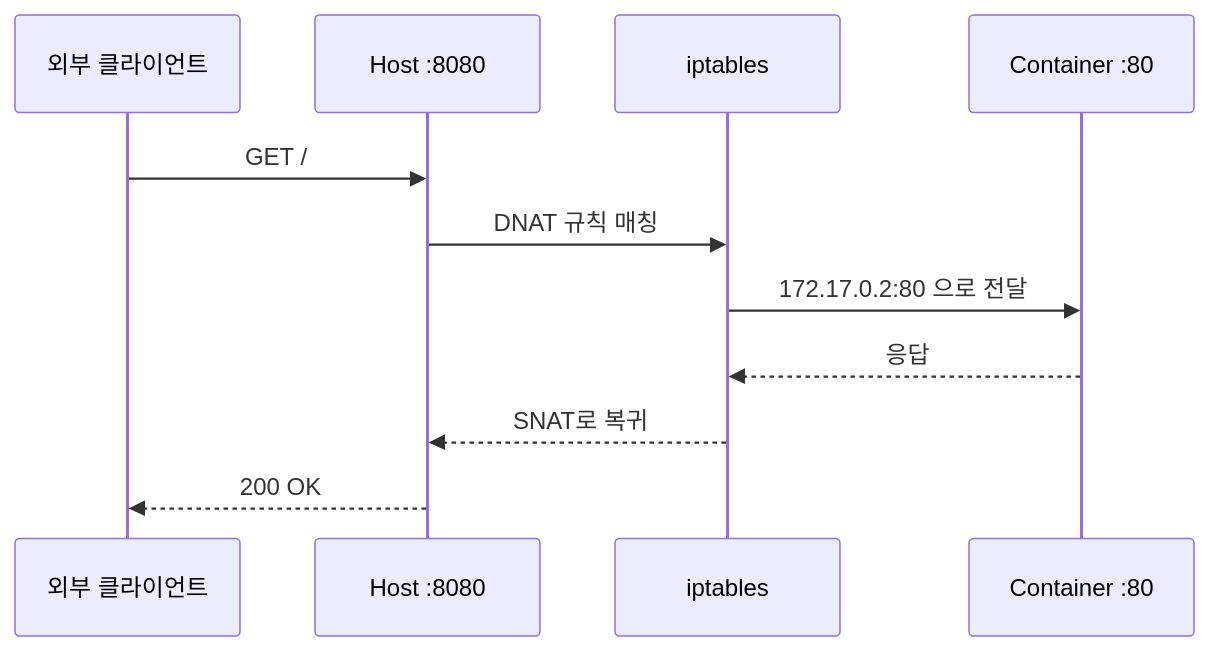
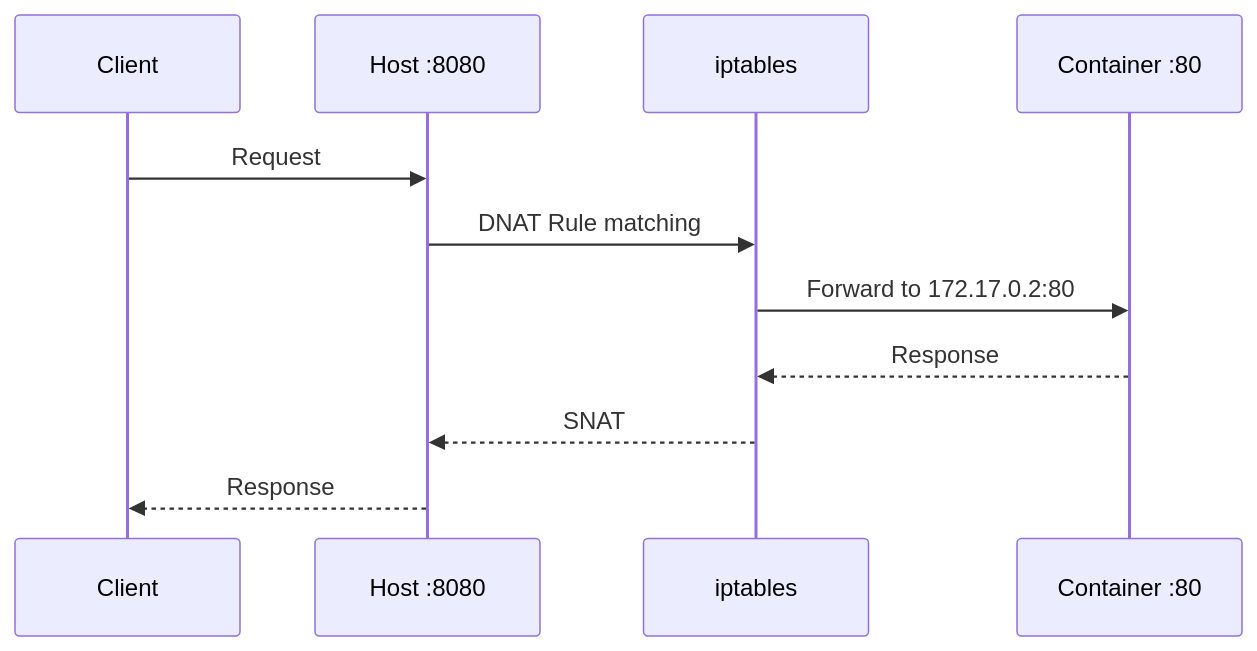
The second of 3 diagrams in _posts/container-orchestration/2026-04-20-docker-02-networking.md (No1Joon/No1Joon.github.io), drawn with Mermaid before and after one commit. The commit also changed other lines of this file and 15 other files, not shown here.

````diff
--- a/_posts/container-orchestration/2026-04-20-docker-02-networking.md
+++ b/_posts/container-orchestration/2026-04-20-docker-02-networking.md
@@ -94,14 +94,14 @@
 ```mermaid
 sequenceDiagram
-    participant EXT as 외부 클라이언트
+    participant EXT as Client
     participant HOST as Host :8080
     participant IPT as iptables
     participant CONT as Container :80
 
-    EXT->>HOST: GET /
-    HOST->>IPT: DNAT 규칙 매칭
-    IPT->>CONT: 172.17.0.2:80 으로 전달
-    CONT-->>IPT: 응답
-    IPT-->>HOST: SNAT로 복귀
-    HOST-->>EXT: 200 OK
+    EXT->>HOST: Request
+    HOST->>IPT: DNAT Rule matching
+    IPT->>CONT: Forward to 172.17.0.2:80
+    CONT-->>IPT: Response
+    IPT-->>HOST: SNAT
+    HOST-->>EXT: Response
 ```
````
